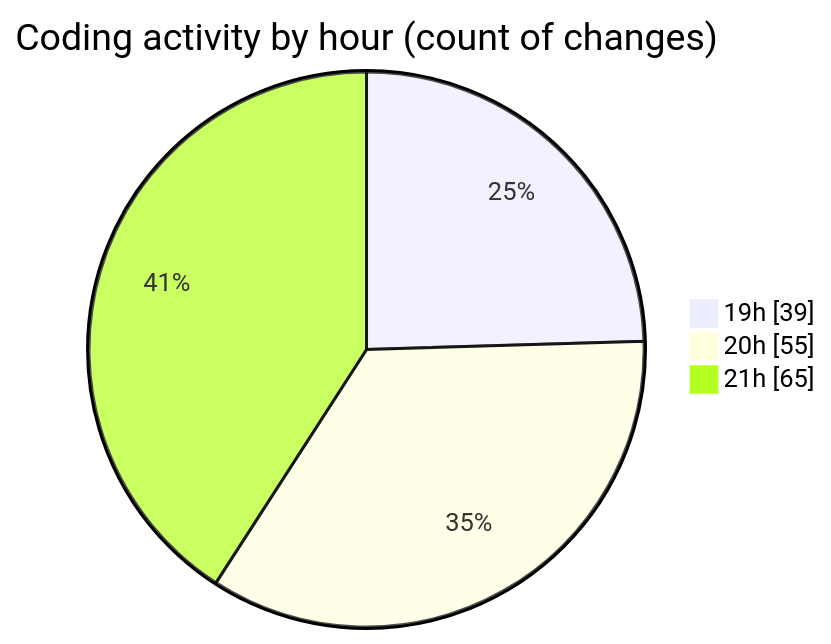
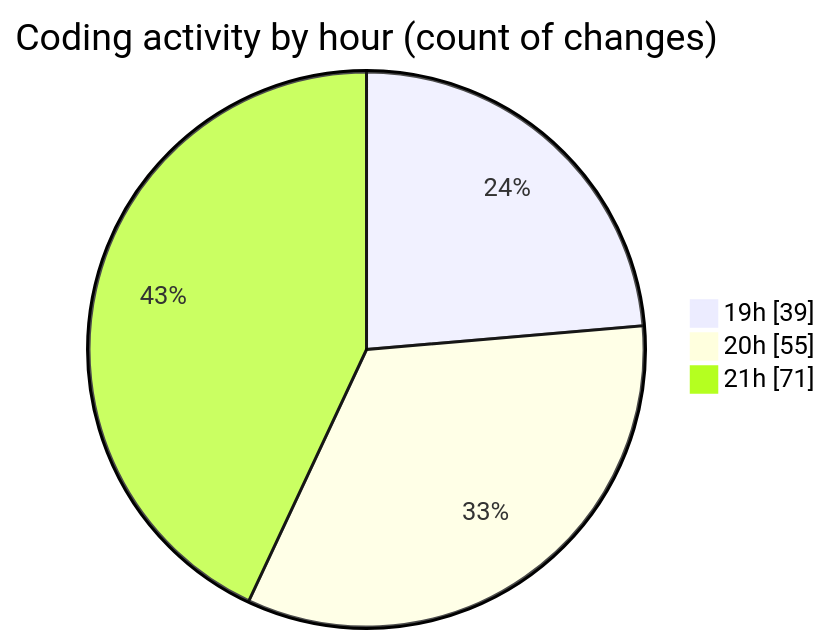
Before and after one commit to momahboobian/code-tracking: the second of 2 diagrams in 2026-06-16/cda/README.md, drawn with Mermaid. The commit also changed other lines of this file and 1 other file, not shown here.

````diff
--- a/2026-06-16/cda/README.md
+++ b/2026-06-16/cda/README.md
@@ -86,7 +86,7 @@
 ```mermaid
 pie showData
 title Coding activity by hour (count of changes)
 "19h" : 39
 "20h" : 55
-"21h" : 65
+"21h" : 71
 ```
````
